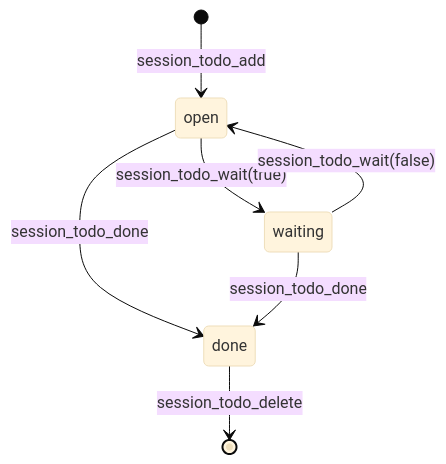
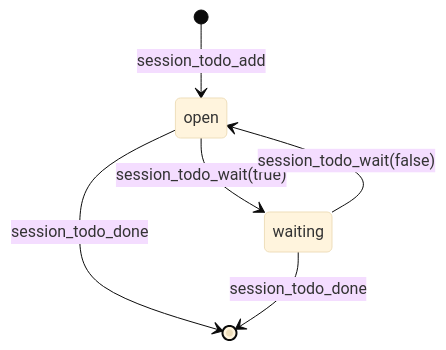
One commit to PetePeter/helm changed the first of 2 diagrams in docs/todos.md. Above: the diagram before and after it, drawn with Mermaid (base theme). The commit also changed other lines of this file and 36 other files, not shown here.

````diff
--- a/docs/todos.md
+++ b/docs/todos.md
@@ -20,9 +19,8 @@
 ```mermaid
 stateDiagram-v2
     [*] --> open: session_todo_add
     open --> waiting: session_todo_wait(true)
     waiting --> open: session_todo_wait(false)
-    open --> done: session_todo_done
-    waiting --> done: session_todo_done
-    done --> [*]: session_todo_delete
+    open --> [*]: session_todo_done
+    waiting --> [*]: session_todo_done
 ```
````
